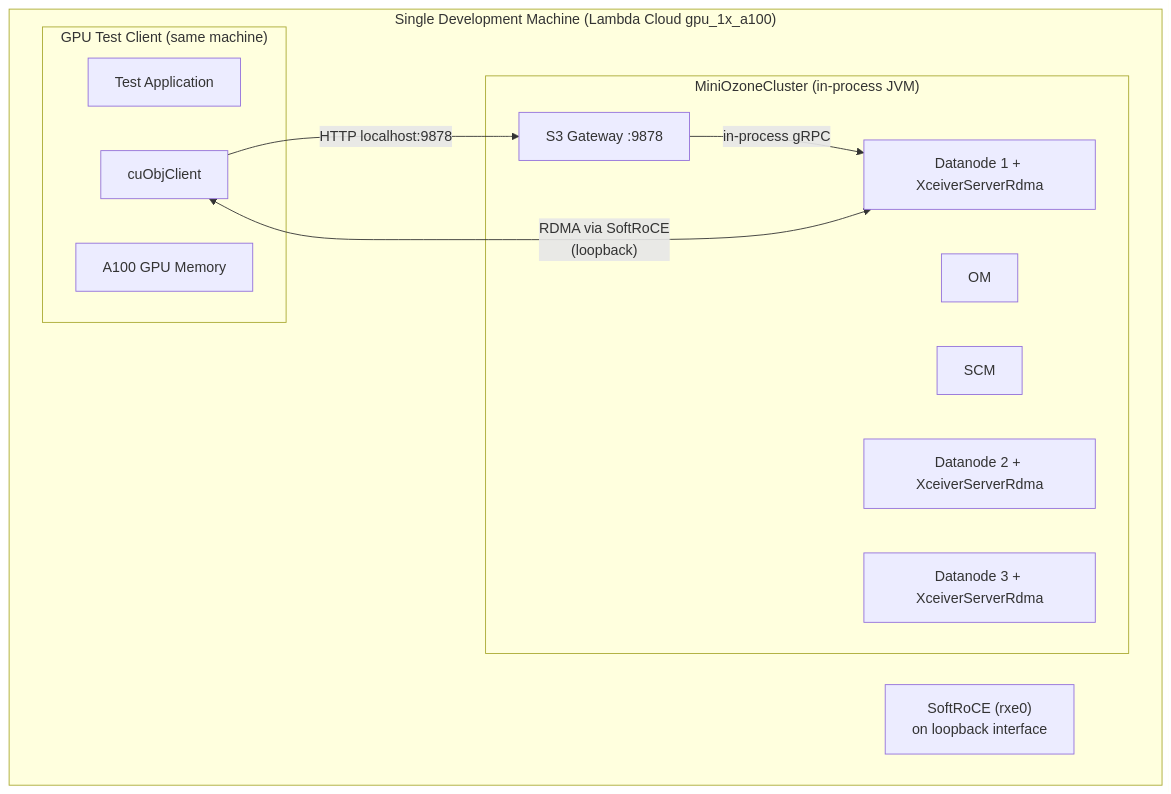
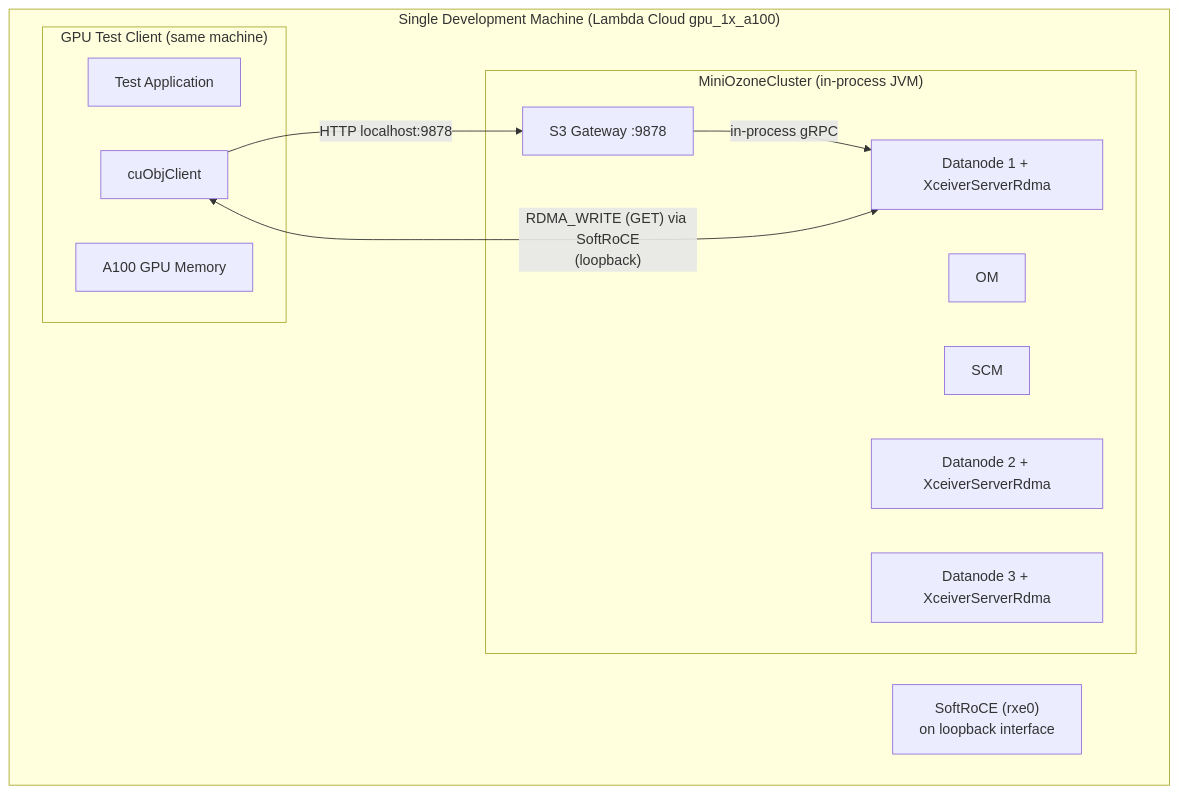
One commit to ptlrs/ozone changed the second of 17 diagrams in docs/gds-dn-direct-rdma-implementation-spec.md. Above: the diagram before and after it, drawn with Mermaid. The commit also changed other lines of this file, not shown here.

Commit message:
GPUDIRECT. Update GPUDirect Storage spec to version 3.0 with phased S3 GET RDMA integration details

````diff
--- a/docs/gds-dn-direct-rdma-implementation-spec.md
+++ b/docs/gds-dn-direct-rdma-implementation-spec.md
@@ -202,24 +228,24 @@
 ```mermaid
 flowchart TB
   subgraph SingleNode["Single Development Machine (Lambda Cloud gpu_1x_a100)"]
     subgraph MiniCluster["MiniOzoneCluster (in-process JVM)"]
       OM_mini["OM"]
       SCM_mini["SCM"]
       S3GW_mini["S3 Gateway :9878"]
       DN_mini1["Datanode 1 + XceiverServerRdma"]
       DN_mini2["Datanode 2 + XceiverServerRdma"]
       DN_mini3["Datanode 3 + XceiverServerRdma"]
     end
 
     subgraph GPU_Test["GPU Test Client (same machine)"]
       TestApp["Test Application"]
       cuObjClient["cuObjClient"]
       GPU["A100 GPU Memory"]
     end
 
     SoftRoCE["SoftRoCE (rxe0)<br/>on loopback interface"]
     cuObjClient -->|" HTTP localhost:9878 "| S3GW_mini
     S3GW_mini -->|" in-process gRPC "| DN_mini1
-    DN_mini1 <-->|" RDMA via SoftRoCE<br/>(loopback) "| cuObjClient
+    DN_mini1 <-->|" RDMA_WRITE (GET) via SoftRoCE<br/>(loopback) "| cuObjClient
   end
 ```
````
